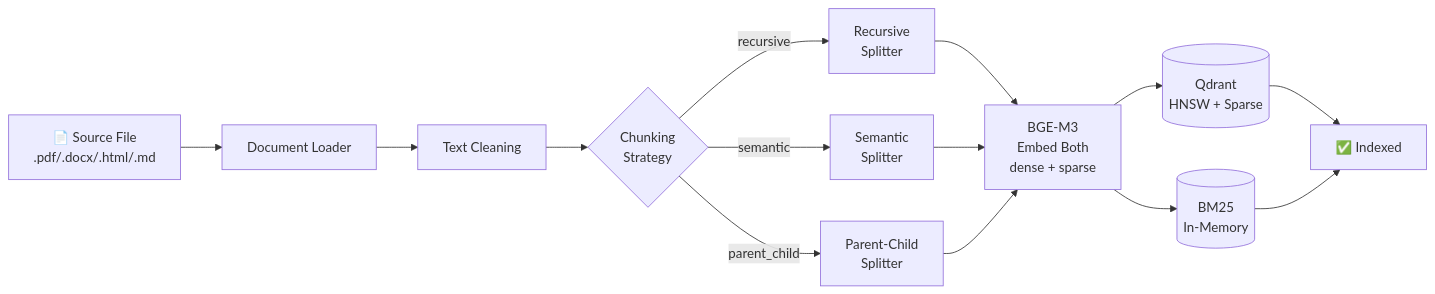
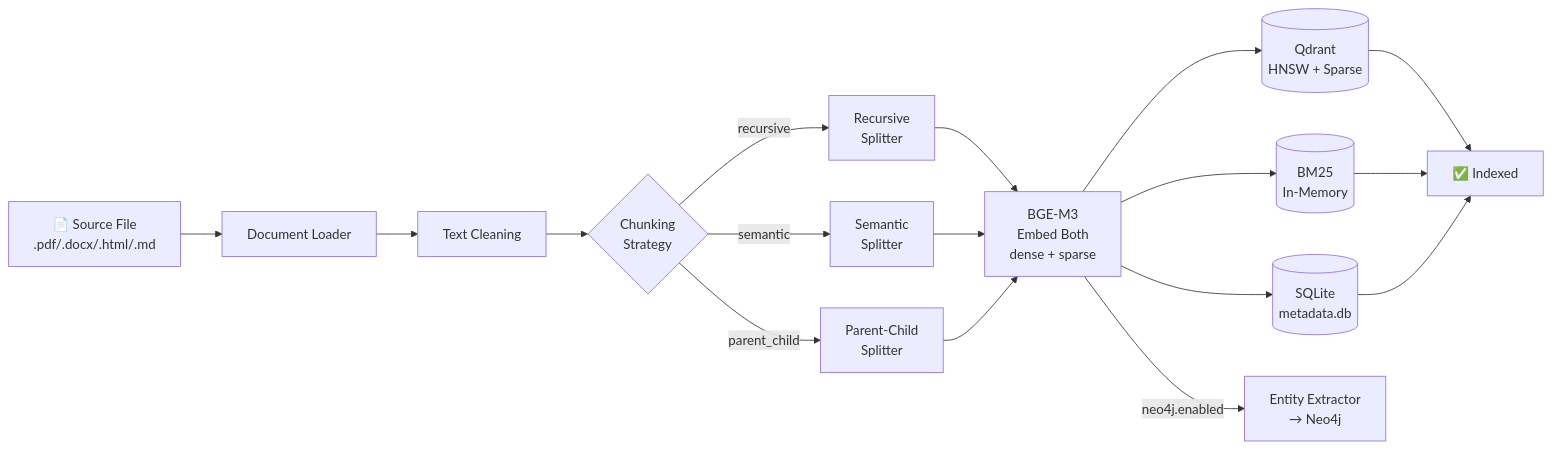
One commit to ealbertoav/rag_platform changed the third of 10 diagrams in README.md. Above: the diagram before and after it, drawn with Mermaid. The commit also changed other lines of this file and 33 other files, not shown here.

First line of the commit message:
Wire Phase 11: graph RAG, agent API, metadata dedup, and multi-query fusion.

````diff
--- a/README.md
+++ b/README.md
@@ -242,13 +264,15 @@
 ```mermaid
 flowchart LR
     SRC["📄 Source File<br/>.pdf/.docx/.html/.md"] --> LD["Document Loader"]
     LD --> CL["Text Cleaning"]
     CL --> CH{"Chunking<br/>Strategy"}
     CH -->|recursive| RC["Recursive<br/>Splitter"]
     CH -->|semantic| SC["Semantic<br/>Splitter"]
     CH -->|parent_child| PC["Parent-Child<br/>Splitter"]
     RC & SC & PC --> EM["BGE-M3<br/>Embed Both<br/>dense + sparse"]
     EM --> QD[("Qdrant<br/>HNSW + Sparse")]
     EM --> BM[("BM25<br/>In-Memory")]
-    QD & BM --> DONE["✅ Indexed"]
+    EM --> META[("SQLite<br/>metadata.db")]
+    EM -->|neo4j.enabled| GR["Entity Extractor<br/>→ Neo4j"]
+    QD & BM & META --> DONE["✅ Indexed"]
 ```
````
